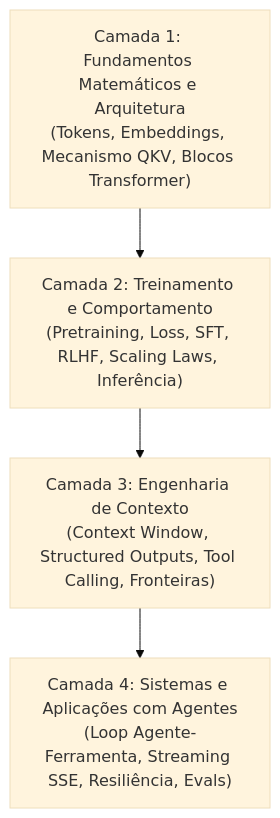
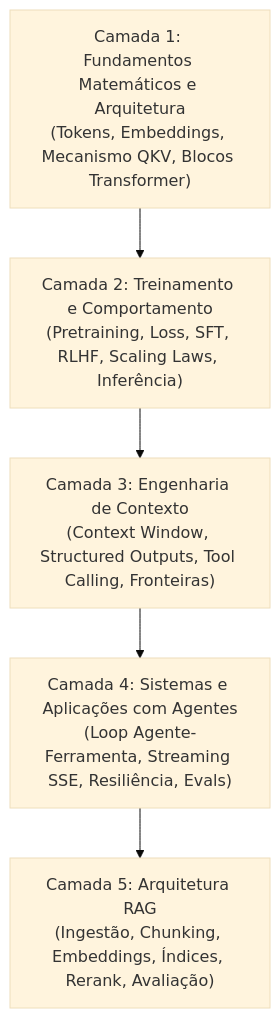
The diagram in llm/00-Guia de estudos.md (leorruas/programacao), drawn with Mermaid (base theme) before and after one commit. The commit also changed other lines of this file and 15 other files, not shown here.

````diff
--- a/llm/00-Guia de estudos.md
+++ b/llm/00-Guia de estudos.md
@@ -11,6 +11,7 @@
 ```mermaid
 flowchart TD
     C1["Camada 1: Fundamentos Matemáticos e Arquitetura<br>(Tokens, Embeddings, Mecanismo QKV, Blocos Transformer)"] --> C2["Camada 2: Treinamento e Comportamento<br>(Pretraining, Loss, SFT, RLHF, Scaling Laws, Inferência)"]
     C2 --> C3["Camada 3: Engenharia de Contexto<br>(Context Window, Structured Outputs, Tool Calling, Fronteiras)"]
     C3 --> C4["Camada 4: Sistemas e Aplicações com Agentes<br>(Loop Agente-Ferramenta, Streaming SSE, Resiliência, Evals)"]
+    C4 --> C5["Camada 5: Arquitetura RAG<br>(Ingestão, Chunking, Embeddings, Índices, Rerank, Avaliação)"]
 ```
````
